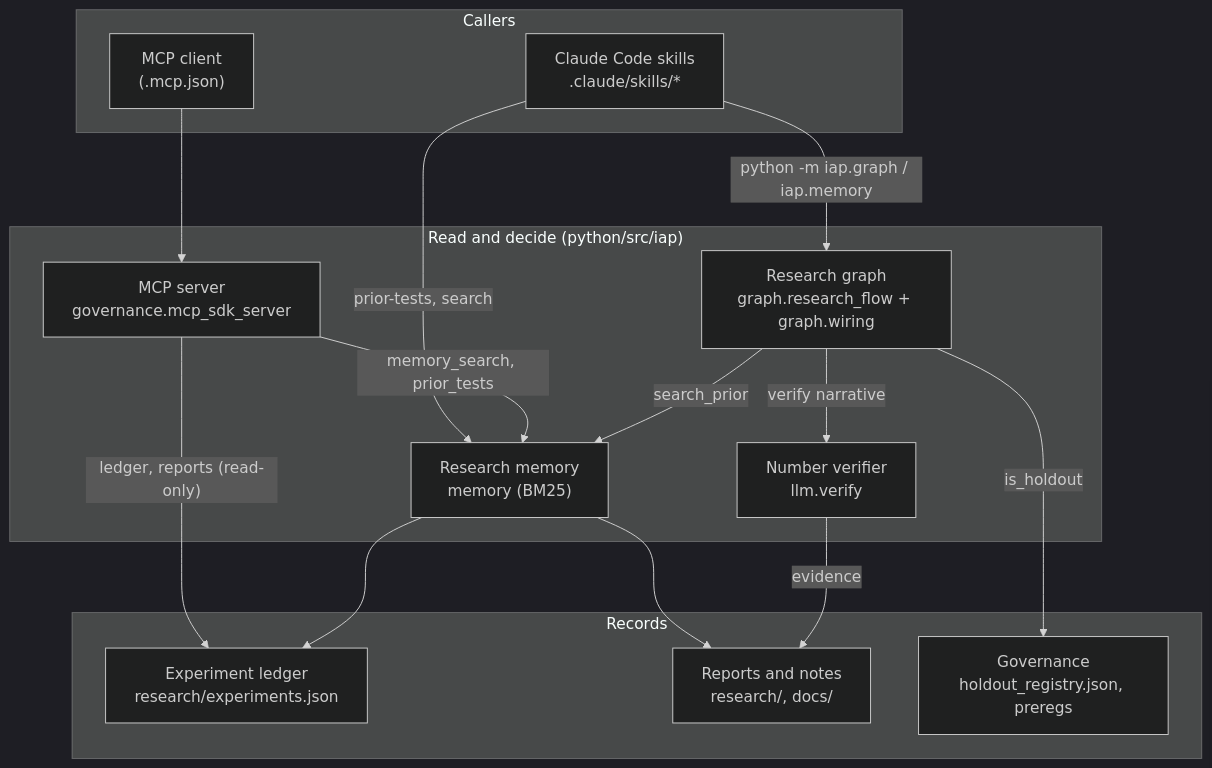
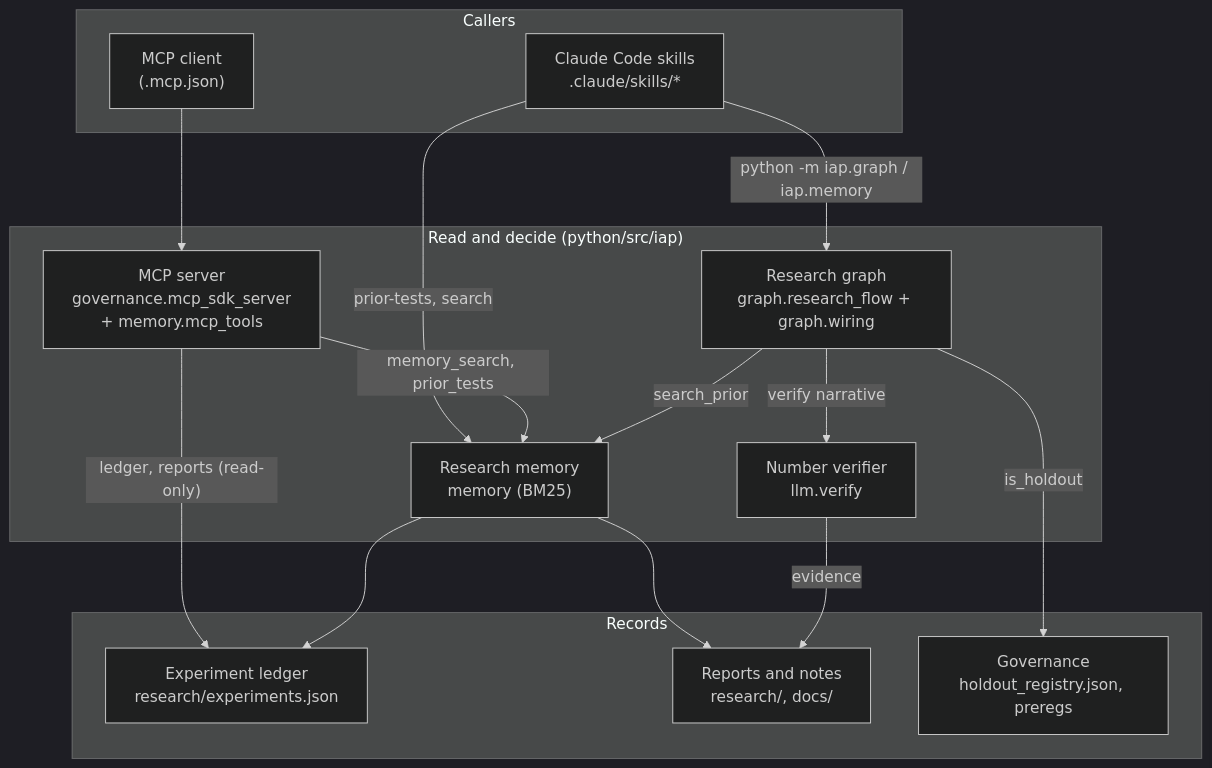
One commit to AshJha0/intraday-alpha-platform changed the diagram in docs/diagrams/ai_stack.mmd. Above: the diagram before and after it, drawn with Mermaid (dark theme). The commit also changed 11 other files, not shown here.

First line of the commit message:
mcp: memory tools move to iap.memory; governance server takes tool providers

```diff
--- a/docs/diagrams/ai_stack.mmd
+++ b/docs/diagrams/ai_stack.mmd
@@ -1,27 +1,27 @@
 flowchart TB
     subgraph top["Callers"]
         SK["Claude Code skills<br/>.claude/skills/*"]
         MC["MCP client<br/>(.mcp.json)"]
     end
     subgraph mid["Read and decide (python/src/iap)"]
-        MS["MCP server<br/>governance.mcp_sdk_server"]
+        MS["MCP server<br/>governance.mcp_sdk_server<br/>+ memory.mcp_tools"]
         GR["Research graph<br/>graph.research_flow + graph.wiring"]
         ME["Research memory<br/>memory (BM25)"]
         VE["Number verifier<br/>llm.verify"]
     end
     subgraph low["Records"]
         LE["Experiment ledger<br/>research/experiments.json"]
         RE["Reports and notes<br/>research/, docs/"]
         GO["Governance<br/>holdout_registry.json, preregs"]
     end
     SK -->|"python -m iap.graph / iap.memory"| GR
     SK -->|"prior-tests, search"| ME
     MC --> MS
     MS -->|"memory_search, prior_tests"| ME
     MS -->|"ledger, reports (read-only)"| LE
     GR -->|"search_prior"| ME
     GR -->|"is_holdout"| GO
     GR -->|"verify narrative"| VE
     ME --> LE
     ME --> RE
     VE -->|"evidence"| RE
```
